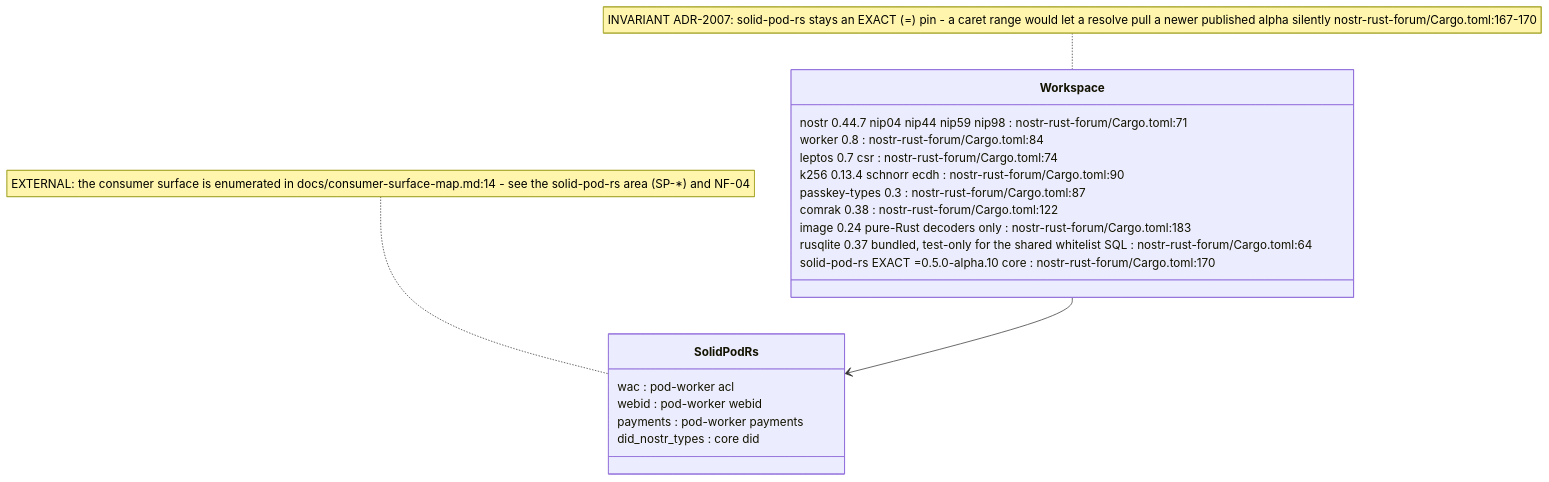
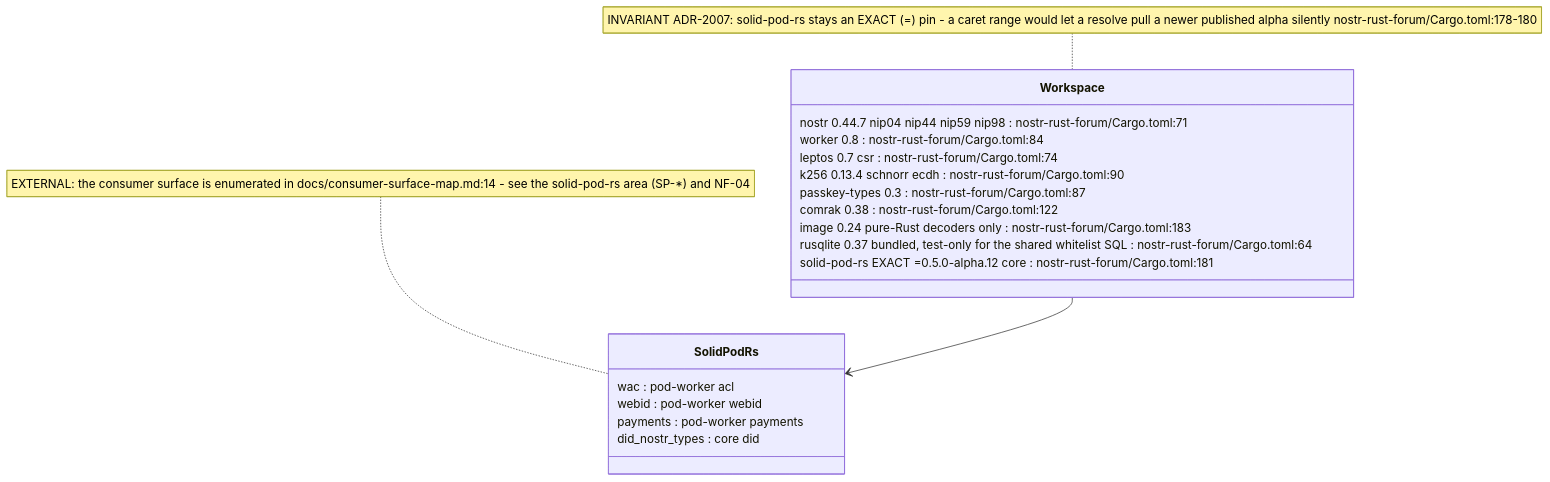
The fourth of 6 diagrams in docs/diagrams/nostr-rust-forum/01-workspace-and-worker-topology.md (DreamLab-AI/VisionFlow), drawn with Mermaid before and after one commit. The commit also changed other lines of this file and 111 other files, not shown here.

Commit message:
docs(diagrams): align estate maps with current source

````diff
--- a/docs/diagrams/nostr-rust-forum/01-workspace-and-worker-topology.md
+++ b/docs/diagrams/nostr-rust-forum/01-workspace-and-worker-topology.md
@@ -138,24 +144,24 @@
 ```mermaid
 classDiagram
     class Workspace {
         nostr 0.44.7 nip04 nip44 nip59 nip98 : nostr-rust-forum/Cargo.toml:71
         worker 0.8 : nostr-rust-forum/Cargo.toml:84
         leptos 0.7 csr : nostr-rust-forum/Cargo.toml:74
         k256 0.13.4 schnorr ecdh : nostr-rust-forum/Cargo.toml:90
         passkey-types 0.3 : nostr-rust-forum/Cargo.toml:87
         comrak 0.38 : nostr-rust-forum/Cargo.toml:122
         image 0.24 pure-Rust decoders only : nostr-rust-forum/Cargo.toml:183
         rusqlite 0.37 bundled, test-only for the shared whitelist SQL : nostr-rust-forum/Cargo.toml:64
-        solid-pod-rs EXACT =0.5.0-alpha.10 core : nostr-rust-forum/Cargo.toml:170
+        solid-pod-rs EXACT =0.5.0-alpha.12 core : nostr-rust-forum/Cargo.toml:181
     }
     class SolidPodRs {
         wac : pod-worker acl
         webid : pod-worker webid
         payments : pod-worker payments
         did_nostr_types : core did
     }
     Workspace --> SolidPodRs
 
-    note for Workspace "INVARIANT ADR-2007: solid-pod-rs stays an EXACT (=) pin - a caret range would let a resolve pull a newer published alpha silently nostr-rust-forum/Cargo.toml:167-170"
+    note for Workspace "INVARIANT ADR-2007: solid-pod-rs stays an EXACT (=) pin - a caret range would let a resolve pull a newer published alpha silently nostr-rust-forum/Cargo.toml:178-180"
     note for SolidPodRs "EXTERNAL: the consumer surface is enumerated in docs/consumer-surface-map.md:14 - see the solid-pod-rs area (SP-*) and NF-04"
 ```
````
